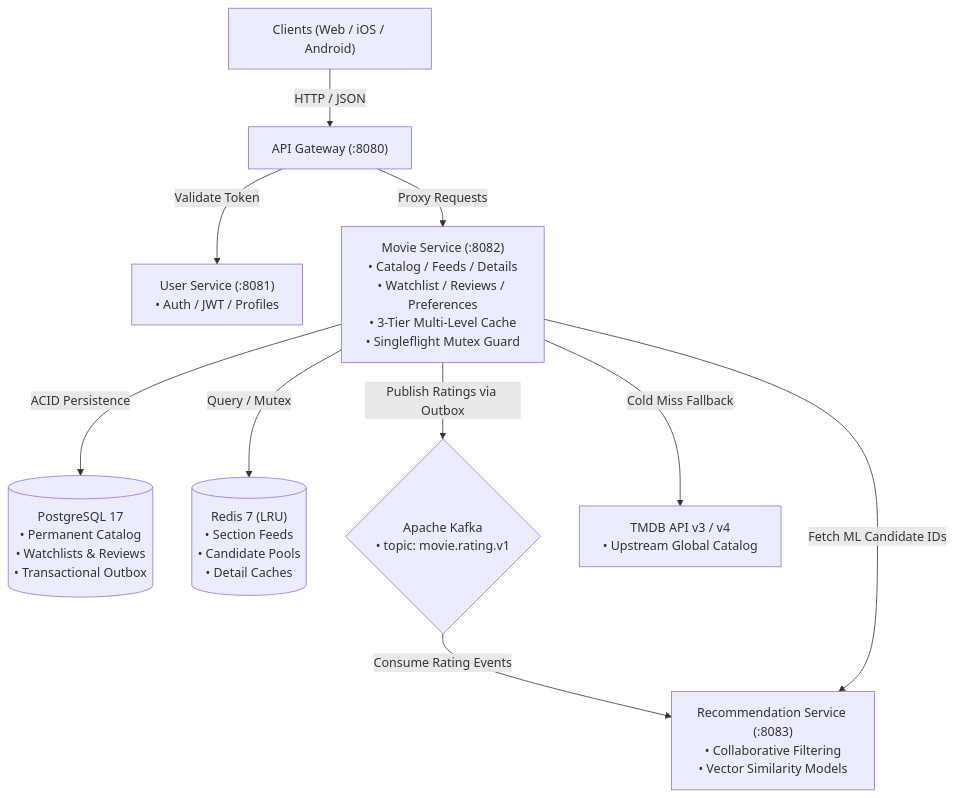
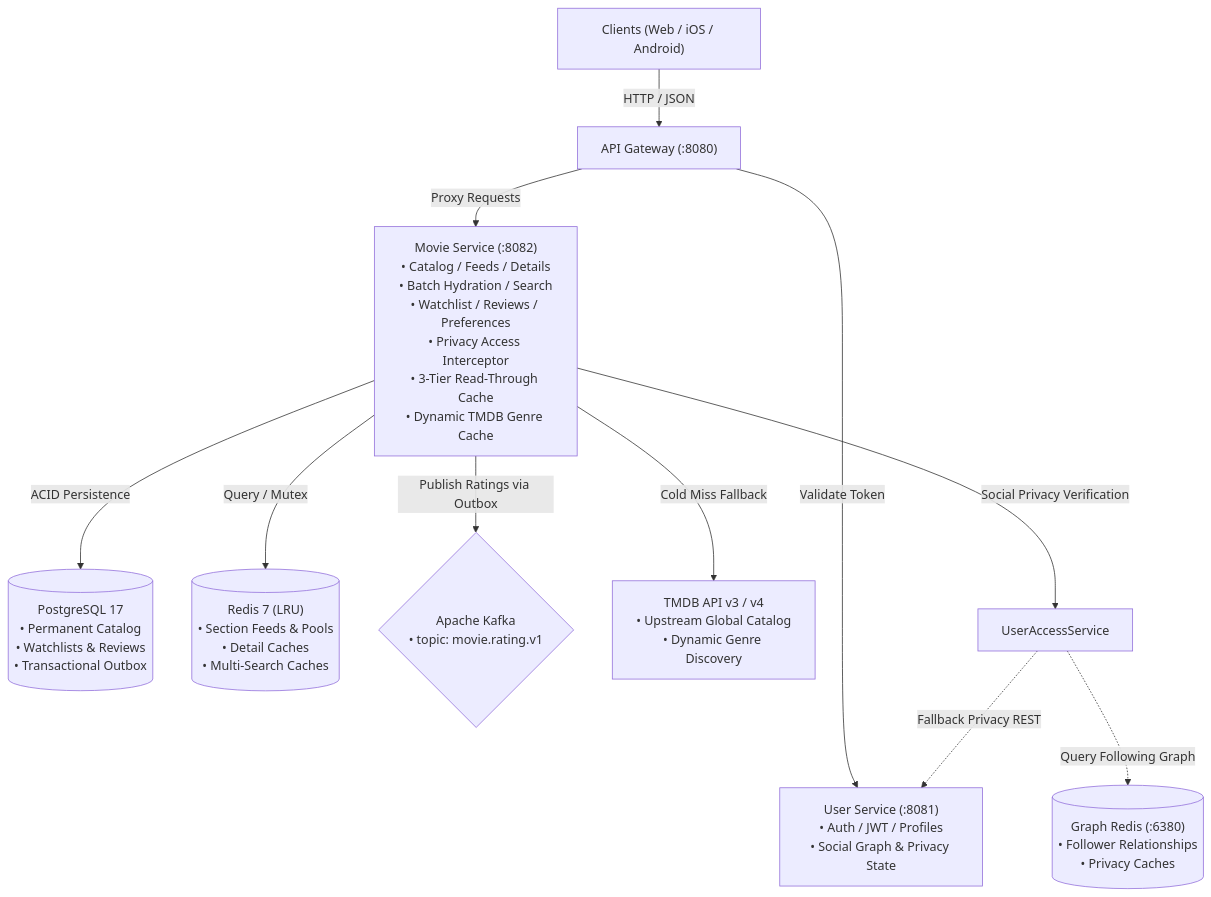
The first of 3 diagrams in PROJECT_CONTEXT.md (saivamshi07/MovieService), drawn with Mermaid before and after one commit. The commit also changed other lines of this file and 45 other files, not shown here.

Commit message:
Movie service final changes and issue fixes

````diff
--- a/PROJECT_CONTEXT.md
+++ b/PROJECT_CONTEXT.md
@@ -37,23 +41,25 @@
 ```mermaid
 flowchart TD
     Client["Clients (Web / iOS / Android)"]
     Gateway["API Gateway (:8080)"]
-    UserService["User Service (:8081)<br/>• Auth / JWT / Profiles"]
-    MovieService["Movie Service (:8082)<br/>• Catalog / Feeds / Details<br/>• Watchlist / Reviews / Preferences<br/>• 3-Tier Multi-Level Cache<br/>• Singleflight Mutex Guard"]
-    RecService["Recommendation Service (:8083)<br/>• Collaborative Filtering<br/>• Vector Similarity Models"]
+    UserService["User Service (:8081)<br/>• Auth / JWT / Profiles<br/>• Social Graph & Privacy State"]
+    MovieService["Movie Service (:8082)<br/>• Catalog / Feeds / Details<br/>• Batch Hydration / Search<br/>• Watchlist / Reviews / Preferences<br/>• Privacy Access Interceptor<br/>• 3-Tier Read-Through Cache<br/>• Dynamic TMDB Genre Cache"]
     Postgres[("PostgreSQL 17<br/>• Permanent Catalog<br/>• Watchlists & Reviews<br/>• Transactional Outbox")]
-    Redis[("Redis 7 (LRU)<br/>• Section Feeds<br/>• Candidate Pools<br/>• Detail Caches")]
+    Redis[("Redis 7 (LRU)<br/>• Section Feeds & Pools<br/>• Detail Caches<br/>• Multi-Search Caches")]
+    GraphRedis[("Graph Redis (:6380)<br/>• Follower Relationships<br/>• Privacy Caches")]
     Kafka{"Apache Kafka<br/>• topic: movie.rating.v1"}
-    TMDB["TMDB API v3 / v4<br/>• Upstream Global Catalog"]
+    TMDB["TMDB API v3 / v4<br/>• Upstream Global Catalog<br/>• Dynamic Genre Discovery"]
 
     Client -->|HTTP / JSON| Gateway
     Gateway -->|Validate Token| UserService
     Gateway -->|Proxy Requests| MovieService
     
+    MovieService -->|Social Privacy Verification| UserAccessService
+    UserAccessService -.->|Query Following Graph| GraphRedis
+    UserAccessService -.->|Fallback Privacy REST| UserService
+
     MovieService -->|Query / Mutex| Redis
     MovieService -->|ACID Persistence| Postgres
     MovieService -->|Cold Miss Fallback| TMDB
     MovieService -->|Publish Ratings via Outbox| Kafka
-    Kafka -->|Consume Rating Events| RecService
-    MovieService -->|Fetch ML Candidate IDs| RecService
 ```
````
